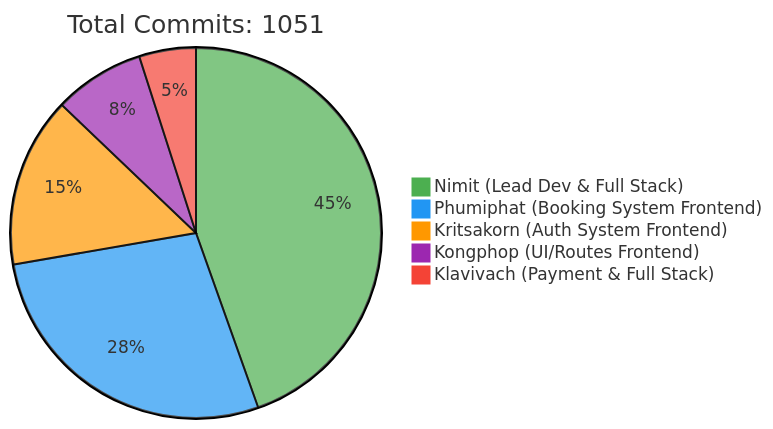
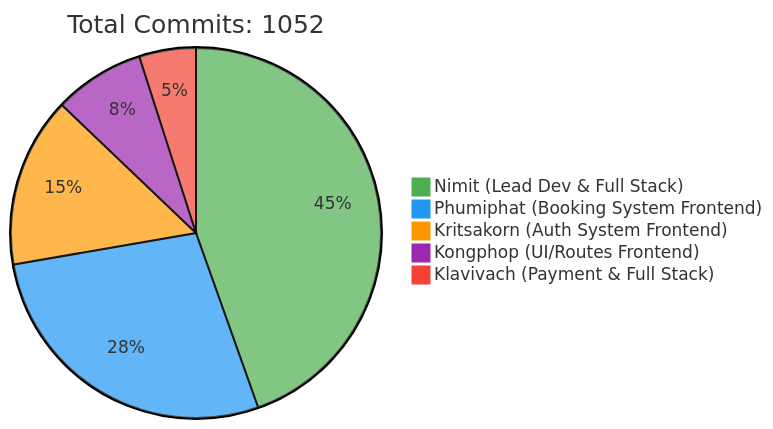
The first of 2 diagrams in README.md (6531503042/Sport-Complex), drawn with Mermaid before and after one commit. The commit also changed other lines of this file, not shown here.

Commit message:
docs: Update contributor statistics [skip ci]

````diff
--- a/README.md
+++ b/README.md
@@ -240,10 +240,10 @@
 ```mermaid
 %%{init: {'theme': 'base', 'themeVariables': { 'pie1': '#4CAF50', 'pie2': '#2196F3', 'pie3': '#FF9800', 'pie4': '#9C27B0', 'pie5': '#F44336'}}}%%
 pie
-    title Total Commits: 1051
+    title Total Commits: 1052
     "Nimit (Lead Dev & Full Stack)" : 450
     "Phumiphat (Booking System Frontend)" : 280
     "Kritsakorn (Auth System Frontend)" : 150
     "Kongphop (UI/Routes Frontend)" : 80
     "Klavivach (Payment & Full Stack)" : 50
 ```
````
